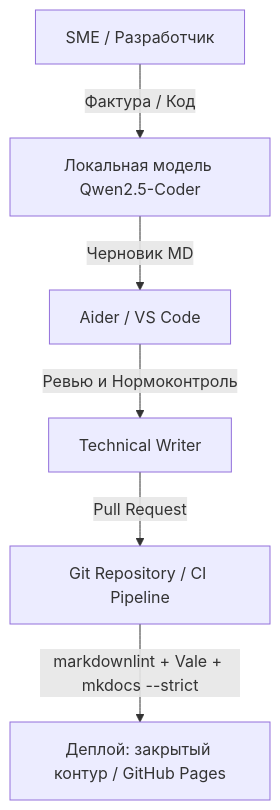
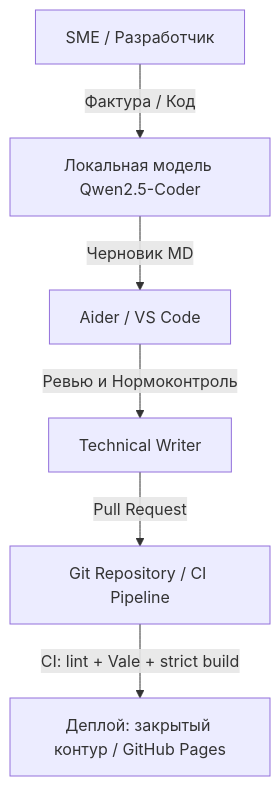
The diagram in docs/ai-workflow.md (Aidar65/aidar-technical-writing), drawn with Mermaid before and after one commit. The commit also changed other lines of this file and 4 other files, not shown here.

Commit message:
fix(docs): heal mermaid fences, purge mojibake, sync API specs to v1.2.0

````diff
--- a/docs/ai-workflow.md
+++ b/docs/ai-workflow.md
@@ -5,8 +5,8 @@
 ```mermaid
 graph TD
     A[SME / Разработчик] -->|Фактура / Код| B[Локальная модель Qwen2.5-Coder]
     B -->|Черновик MD| C[Aider / VS Code]
     C -->|Ревью и Нормоконтроль| D[Technical Writer]
     D -->|Pull Request| E[Git Repository / CI Pipeline]
-    E -->|markdownlint + Vale + mkdocs --strict| F[Деплой: закрытый контур / GitHub Pages]
+    E -->|CI: lint + Vale + strict build| F[Деплой: закрытый контур / GitHub Pages]
 ```
````
